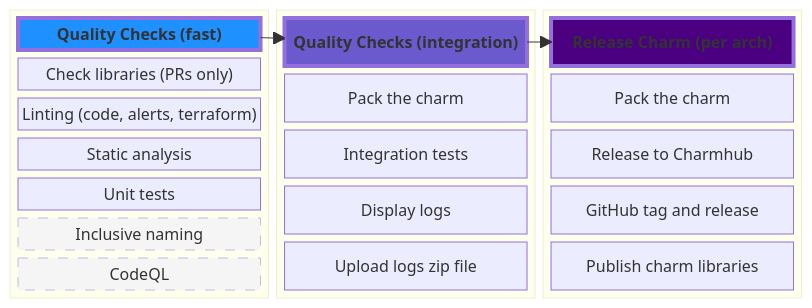
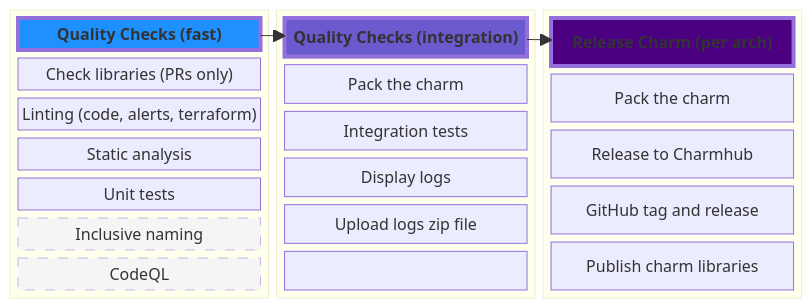
Before and after one commit to canonical/observability: the second of 3 diagrams in README.md, drawn with Mermaid. The commit also changed 1 other file, not shown here.

Commit message:
fix: address PR review comments for log handling
- Security: pass inputs via env vars instead of direct interpolation
  in run scripts to prevent script injection
- Add log display and upload steps to sequential integration job
  (integration-mono) for consistent behavior across modes
- Add 'if: always()' to log steps so they run even on test failure
- Add 'shopt -s nullglob' to handle empty glob when no .txt files exist
- Connect displaylogs/uploadlogs nodes in Mermaid diagram

````diff
--- a/README.md
+++ b/README.md
@@ -45,44 +45,44 @@
 ```mermaid
 block-beta
   block
     columns 1
     qualitychecksfast["<b>Quality Checks (fast)</b>"]
     prlabels["Check libraries (PRs only)"]
     lint["Linting (code, alerts, terraform)"]
     static["Static analysis"]
     unit["Unit tests"]
     inclusivenaming["Inclusive naming"]
     codeql["CodeQL"]
   end
 
   block
     columns 1
     qualitychecksslow["<b>Quality Checks (integration)</b>"]
     pack["Pack the charm"]
     integration["Integration tests"]
     displaylogs["Display logs"]
     uploadlogs["Upload logs zip file"]
+    integration --> displaylogs --> uploadlogs
   end
-
 
   block
     columns 1
     release["<b>Release Charm (per arch)</b>"]
     packrelease["Pack the charm"]
     charmhubrelease["Release to Charmhub"]
     githubrelease["GitHub tag and release"]
     librariesrelease["Publish charm libraries"]
   end
 
 
 
 qualitychecksfast --> qualitychecksslow
 qualitychecksslow --> release
 
 style qualitychecksfast fill:dodgerblue,stroke-width:4px
 style qualitychecksslow fill:slateblue,stroke-width:4px
 style release fill:indigo,stroke-width:4px
 
 style inclusivenaming opacity:0.5,stroke-dasharray:10
 style codeql opacity:0.5,stroke-dasharray:10
 ```
````
